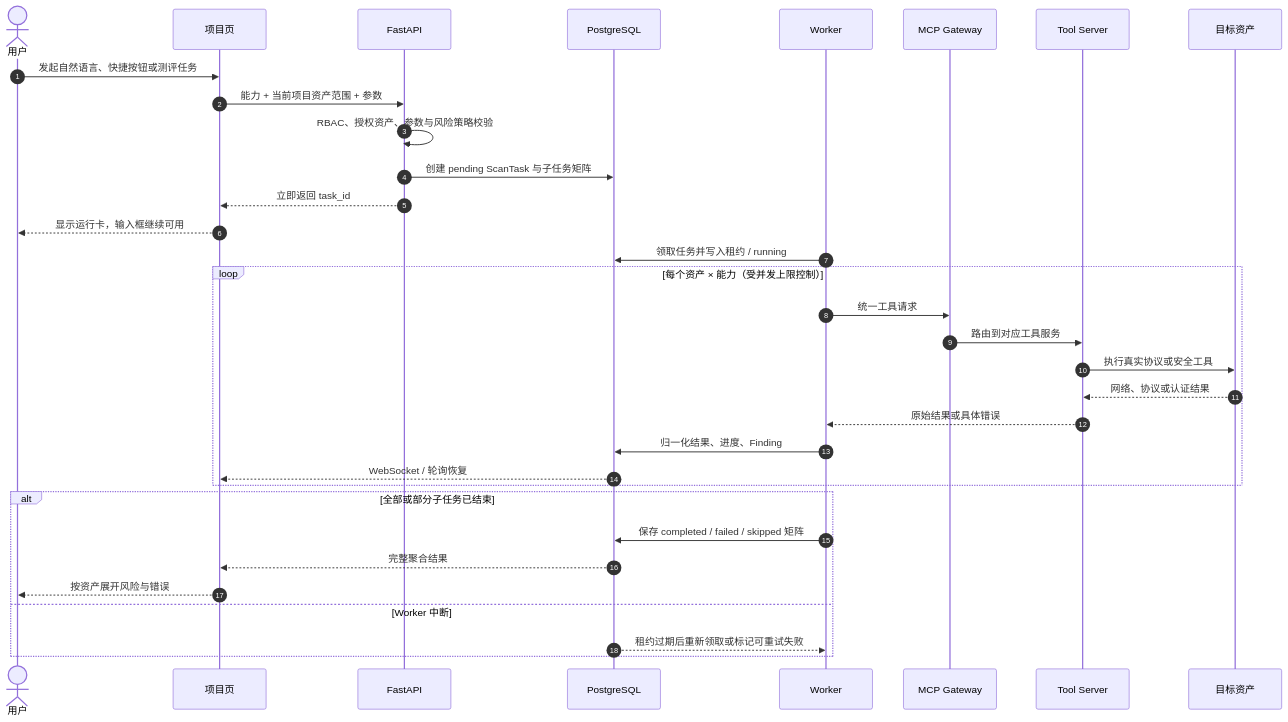
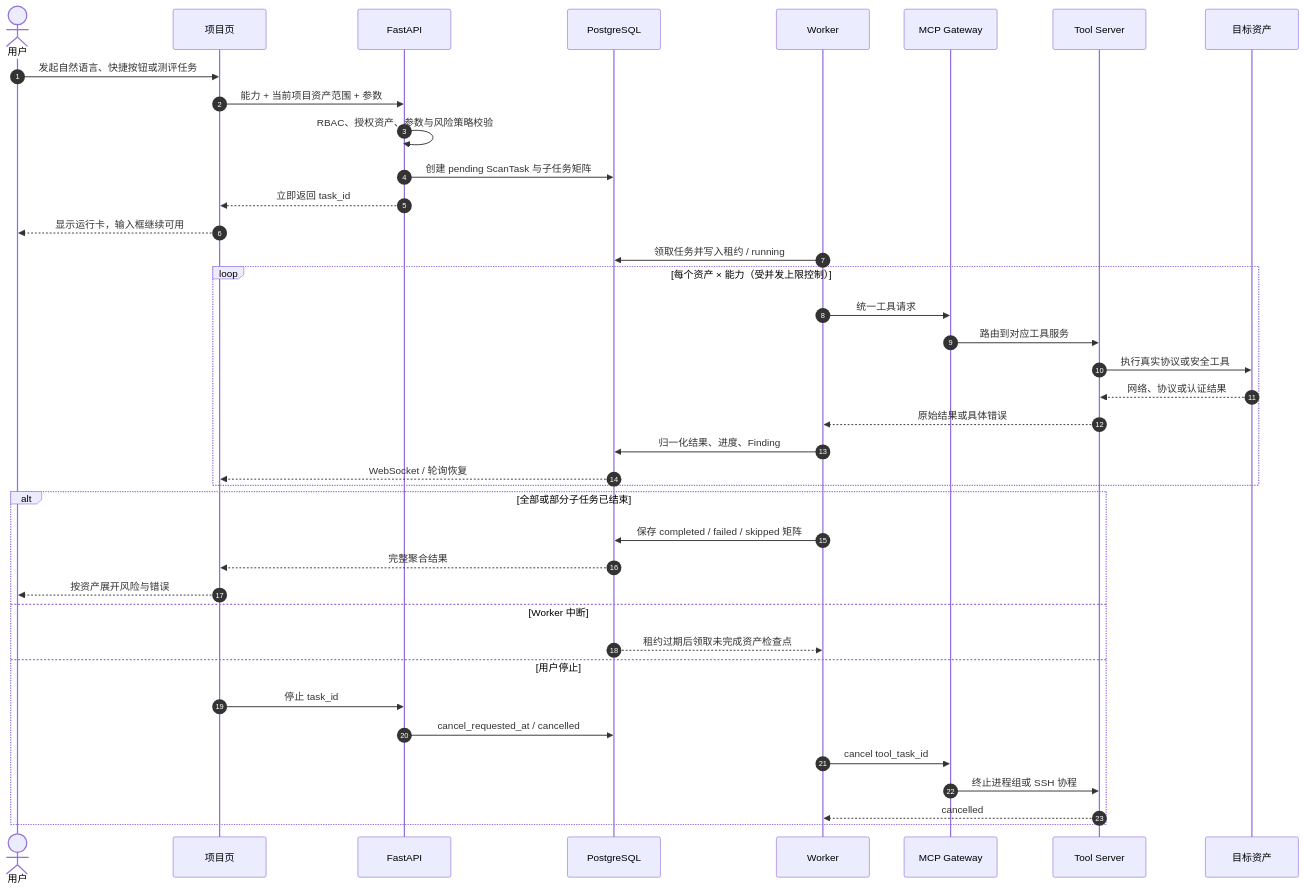
One commit to asxzsa558/CertiProof changed the seventh of 11 diagrams in .opencode/plans/ARCHITECTURE.md. Above: the diagram before and after it, drawn with Mermaid. The commit also changed other lines of this file and 120 other files, not shown here.

````diff
--- a/.opencode/plans/ARCHITECTURE.md
+++ b/.opencode/plans/ARCHITECTURE.md
@@ -701,38 +736,44 @@
 ```mermaid
 sequenceDiagram
   autonumber
   actor U as 用户
   participant FE as 项目页
   participant API as FastAPI
   participant DB as PostgreSQL
   participant W as Worker
   participant GW as MCP Gateway
   participant TS as Tool Server
   participant T as 目标资产
 
   U->>FE: 发起自然语言、快捷按钮或测评任务
   FE->>API: 能力 + 当前项目资产范围 + 参数
   API->>API: RBAC、授权资产、参数与风险策略校验
   API->>DB: 创建 pending ScanTask 与子任务矩阵
   API-->>FE: 立即返回 task_id
   FE-->>U: 显示运行卡，输入框继续可用
 
   W->>DB: 领取任务并写入租约 / running
   loop 每个资产 × 能力（受并发上限控制）
     W->>GW: 统一工具请求
     GW->>TS: 路由到对应工具服务
     TS->>T: 执行真实协议或安全工具
     T-->>TS: 网络、协议或认证结果
     TS-->>W: 原始结果或具体错误
     W->>DB: 归一化结果、进度、Finding
     DB-->>FE: WebSocket / 轮询恢复
   end
 
   alt 全部或部分子任务已结束
     W->>DB: 保存 completed / failed / skipped 矩阵
     DB-->>FE: 完整聚合结果
     FE-->>U: 按资产展开风险与错误
   else Worker 中断
-    DB-->>W: 租约过期后重新领取或标记可重试失败
+    DB-->>W: 租约过期后领取未完成资产检查点
+  else 用户停止
+    FE->>API: 停止 task_id
+    API->>DB: cancel_requested_at / cancelled
+    W->>GW: cancel tool_task_id
+    GW->>TS: 终止进程组或 SSH 协程
+    TS-->>W: cancelled
   end
 ```
````
